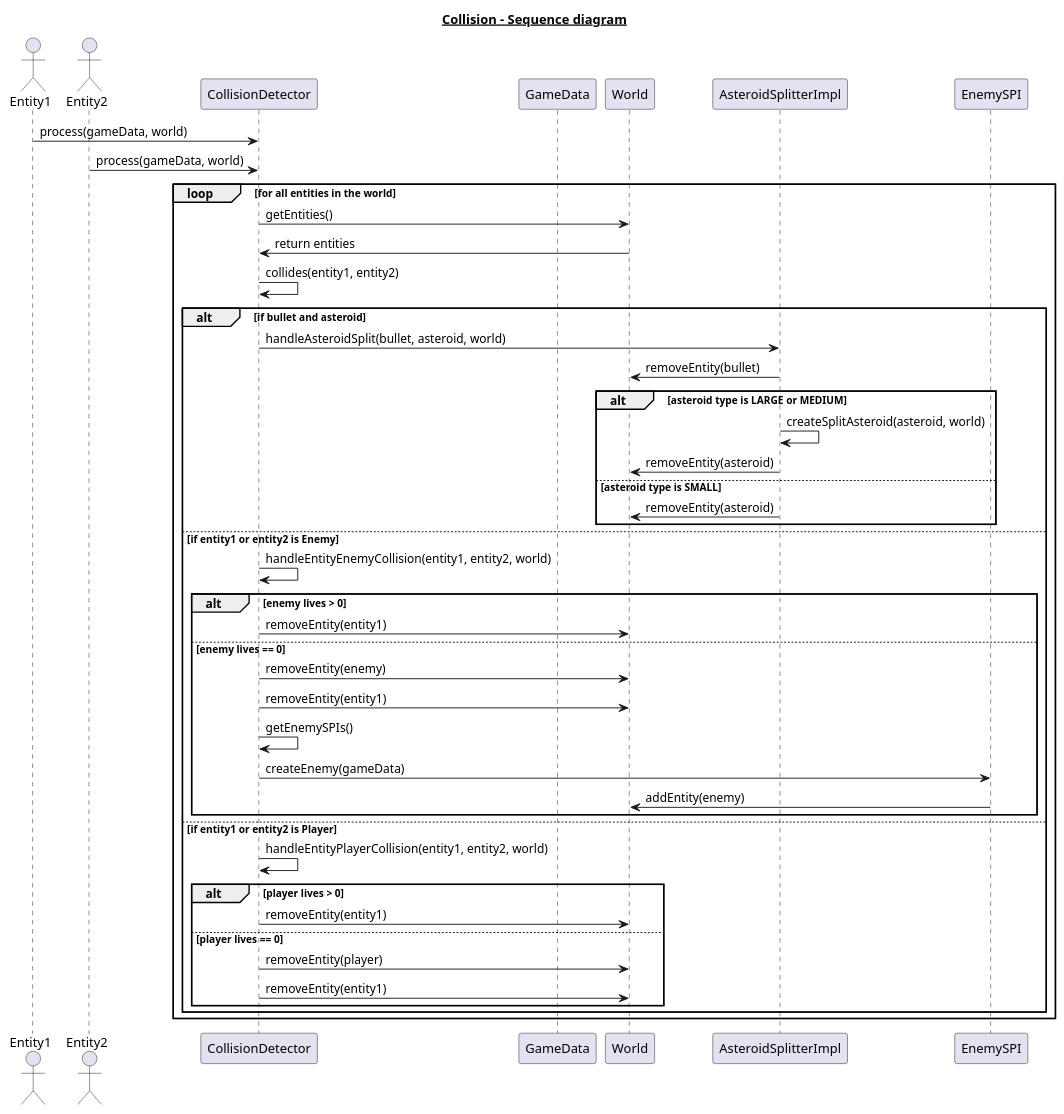
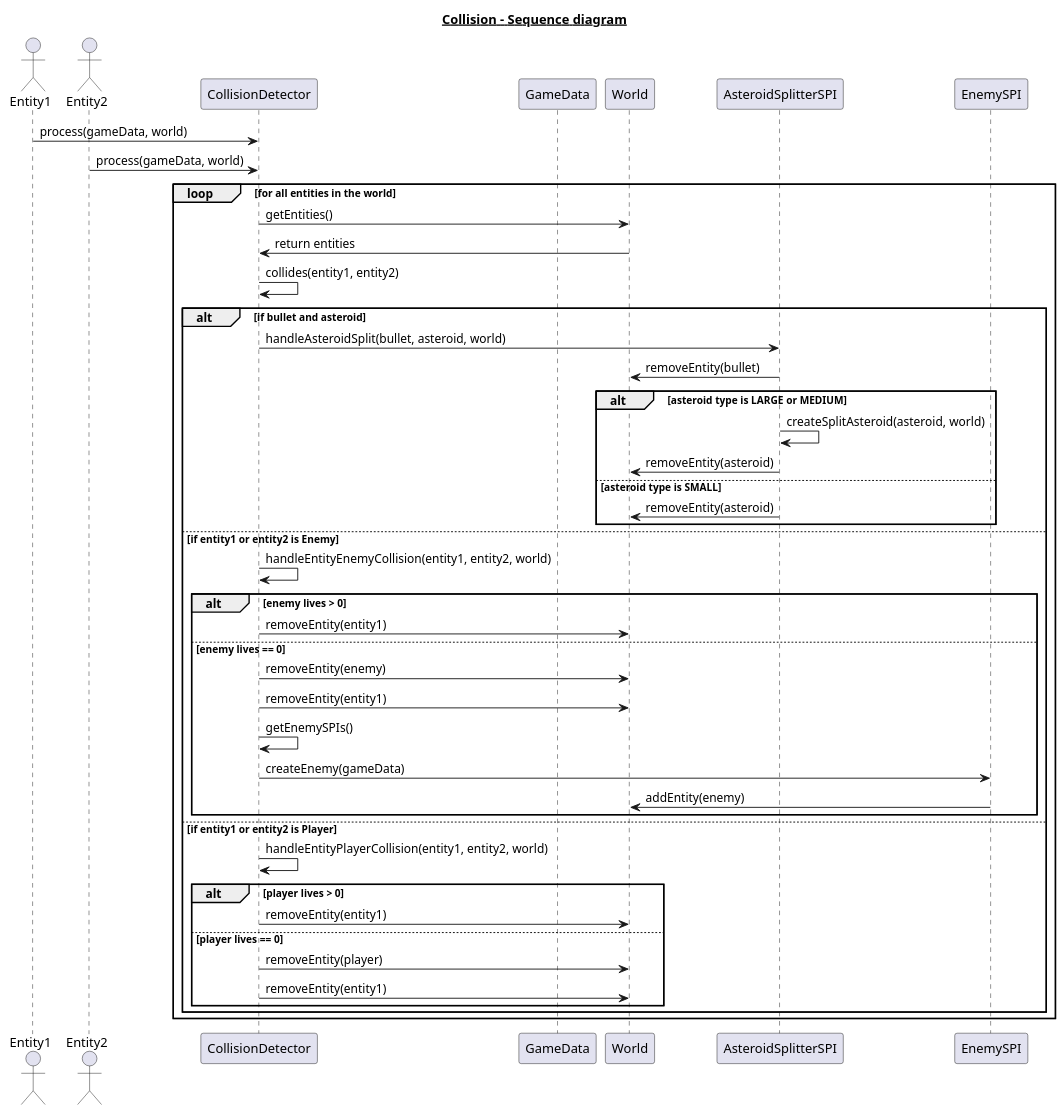
One commit to jetho22/AsteroidsFX changed the diagram in diagrams/collision sequence.puml. Above: the diagram before and after it, drawn with PlantUML.

Commit message:
Refactor: Sequence diagram

```diff
--- a/diagrams/collision sequence.puml
+++ b/diagrams/collision sequence.puml
@@ -1,51 +1,51 @@
 @startuml
 title
 <u>Collision - Sequence diagram</u>
 end title
 
 actor Entity1
 actor Entity2
 participant CollisionDetector
 participant GameData
 participant World
-participant AsteroidSplitterImpl as AsteroidSplitter
+participant AsteroidSplitterSPI
 participant EnemySPI
 
 Entity1 -> CollisionDetector: process(gameData, world)
 Entity2 -> CollisionDetector: process(gameData, world)
 loop for all entities in the world
     CollisionDetector -> World: getEntities()
     World -> CollisionDetector: return entities
     CollisionDetector -> CollisionDetector: collides(entity1, entity2)
         alt if bullet and asteroid
-            CollisionDetector -> AsteroidSplitter: handleAsteroidSplit(bullet, asteroid, world)
-            AsteroidSplitter -> World: removeEntity(bullet)
+            CollisionDetector -> AsteroidSplitterSPI: handleAsteroidSplit(bullet, asteroid, world)
+            AsteroidSplitterSPI -> World: removeEntity(bullet)
             alt asteroid type is LARGE or MEDIUM
-                AsteroidSplitter -> AsteroidSplitter: createSplitAsteroid(asteroid, world)
-                AsteroidSplitter -> World: removeEntity(asteroid)
+                AsteroidSplitterSPI -> AsteroidSplitterSPI: createSplitAsteroid(asteroid, world)
+                AsteroidSplitterSPI -> World: removeEntity(asteroid)
             else asteroid type is SMALL
-                AsteroidSplitter -> World: removeEntity(asteroid)
+                AsteroidSplitterSPI -> World: removeEntity(asteroid)
             end
         else if entity1 or entity2 is Enemy
             CollisionDetector -> CollisionDetector: handleEntityEnemyCollision(entity1, entity2, world)
             alt enemy lives > 0
                 CollisionDetector -> World: removeEntity(entity1)
             else enemy lives == 0
                 CollisionDetector -> World: removeEntity(enemy)
                 CollisionDetector -> World: removeEntity(entity1)
                 CollisionDetector -> CollisionDetector: getEnemySPIs()
                 CollisionDetector -> EnemySPI: createEnemy(gameData)
                 EnemySPI -> World: addEntity(enemy)
             end
         else if entity1 or entity2 is Player
             CollisionDetector -> CollisionDetector: handleEntityPlayerCollision(entity1, entity2, world)
             alt player lives > 0
                 CollisionDetector -> World: removeEntity(entity1)
             else player lives == 0
                 CollisionDetector -> World: removeEntity(player)
                 CollisionDetector -> World: removeEntity(entity1)
             end
         end
     end
 
 @enduml
```
